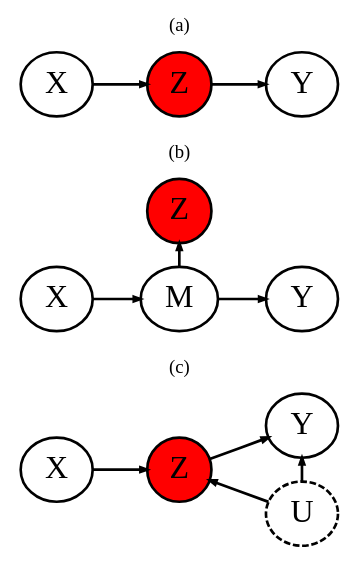
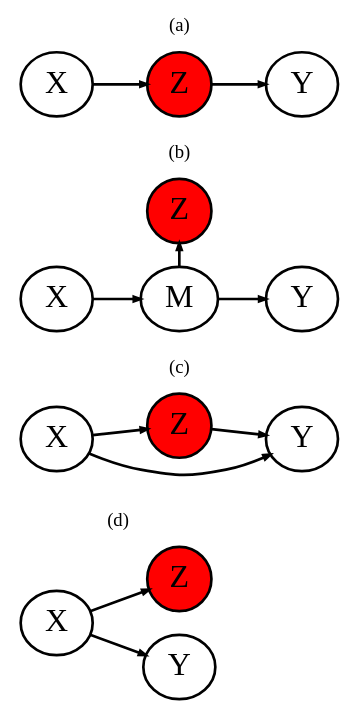
One commit to gerasy1987/PSCI8357 changed the ninth of 9 diagrams in lectures/03_regression.qmd. Above: the diagram before and after it, drawn with Graphviz. The commit also changed other lines of this file and 3 other files, not shown here.

````diff
--- a/lectures/03_regression.qmd
+++ b/lectures/03_regression.qmd
@@ -1529,63 +1648,76 @@
 ```{dot}
 //| fig-width: 4
 //| fig-height: 6
 //| fig-align: center
 digraph G {
   bgcolor="transparent"
   rankdir=LR;
   edge [
 		arrowsize=0.5,
 		// fontname="Helvetica,Arial,sans-serif"
 		labeldistance=5,
 		// labelfontcolor="#00000080"
 		penwidth=2
 		// style=dotted // dotted style symbolizes data transfer
 	]
   node [
     fontsize=24,
     penwidth=2
   ]
 
+  // Diagram (d)
+  subgraph cluster_d {
+    label="(d)";
+    peripheries=0;
+    X_d [label="X"];
+    Y_d [label="Y"];
+    Z_d [shape=circle, style=filled, fillcolor=red, label="Z"];
+    
+    X_d -> Z_d;
+    X_d -> Y_d;
+    { rank=min; X_d}
+    { rank=same; Z_d}
+    { rank=max; Y_d}
+  }
+
   // Diagram (c)
   subgraph cluster_c {
     label="(c)";
     peripheries=0;
     X_c [label="X"];
     Y_c [label="Y"];
     Z_c [shape=circle, style=filled, fillcolor=red, label="Z"];
-    U_c [style=dashed, label="U"];
     
     X_c -> Z_c -> Y_c;
-    U_c -> Z_c;
-    U_c -> Y_c;
+    X_c -> Y_c;
     { rank=min; X_c}
     { rank=same; Z_c}
-    { rank=max; Y_c;U_c}
+    { rank=max; Y_c}
   }
 
   // Diagram (b)
   subgraph cluster_b {
     label="(b)";
     peripheries=0;
     X_b [label="X"];
     M_b [label="M"];
     Y_b [label="Y"];
     Z_b [shape=circle, style=filled, fillcolor=red, label="Z"];
     
     X_b -> M_b -> Y_b;
     M_b -> Z_b
     {rank=same; M_b;Z_b};
   }
 
   // Diagram (a)
   subgraph cluster_a {
     label="(a)";
     peripheries=0;
     Z [shape=circle, style=filled, fillcolor=red];
     X;
     Y;
     
     X -> Z -> Y;
   }
 }
 ```
````
